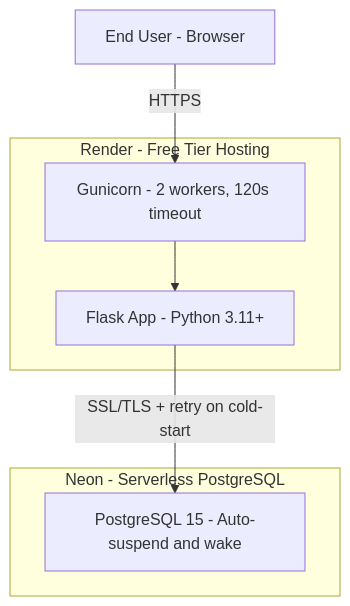
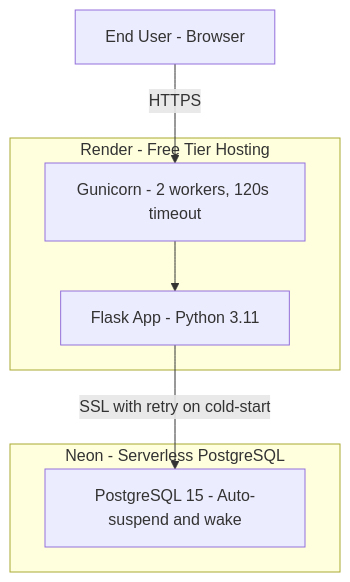
Before and after one commit to nikhiljha97/tradejournal: the fourth of 4 diagrams in README.md, drawn with Mermaid. The commit also changed other lines of this file, not shown here.

Commit message:
fix: strip special chars from Mermaid labels — remove asterisks, ampersands, question marks, colon-id patterns

````diff
--- a/README.md
+++ b/README.md
@@ -183,17 +183,17 @@
 ```mermaid
 graph TB
     USR["End User - Browser"]
 
     subgraph Render["Render - Free Tier Hosting"]
         GUN["Gunicorn - 2 workers, 120s timeout"]
-        APP["Flask App - Python 3.11+"]
+        APP["Flask App - Python 3.11"]
         GUN --> APP
     end
 
     subgraph Neon["Neon - Serverless PostgreSQL"]
         PG["PostgreSQL 15 - Auto-suspend and wake"]
     end
 
     USR -->|HTTPS| GUN
-    APP -->|SSL/TLS + retry on cold-start| PG
+    APP -->|SSL with retry on cold-start| PG
 ```
````
